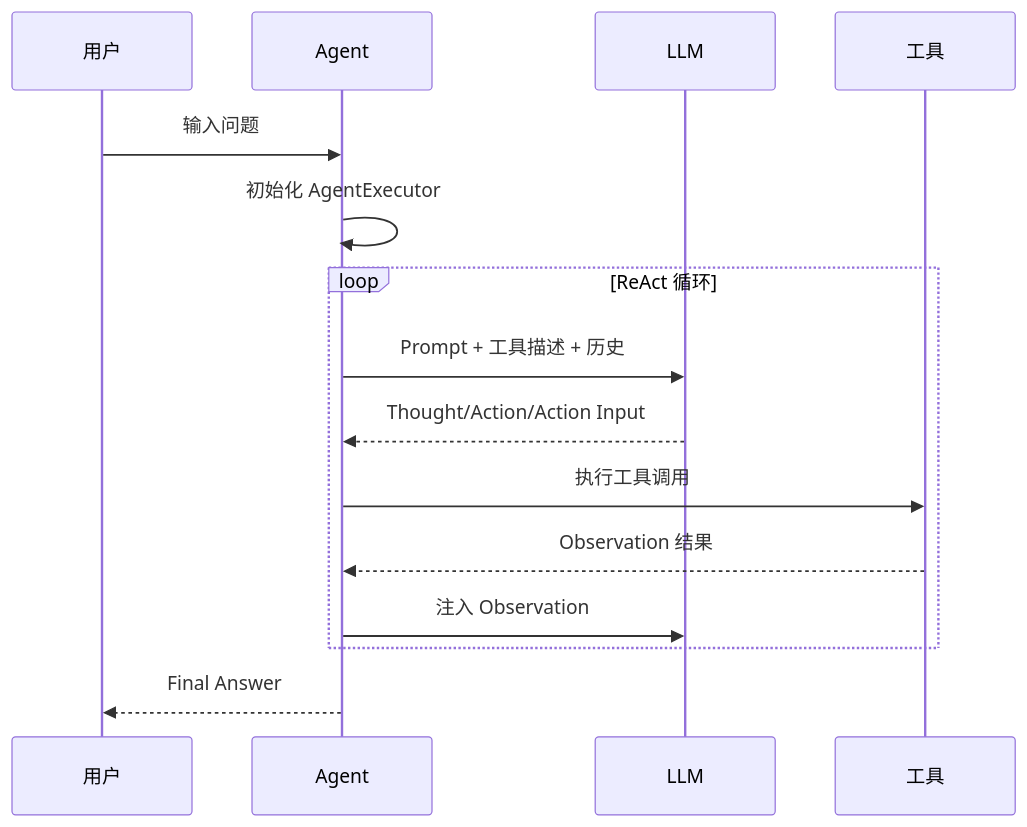
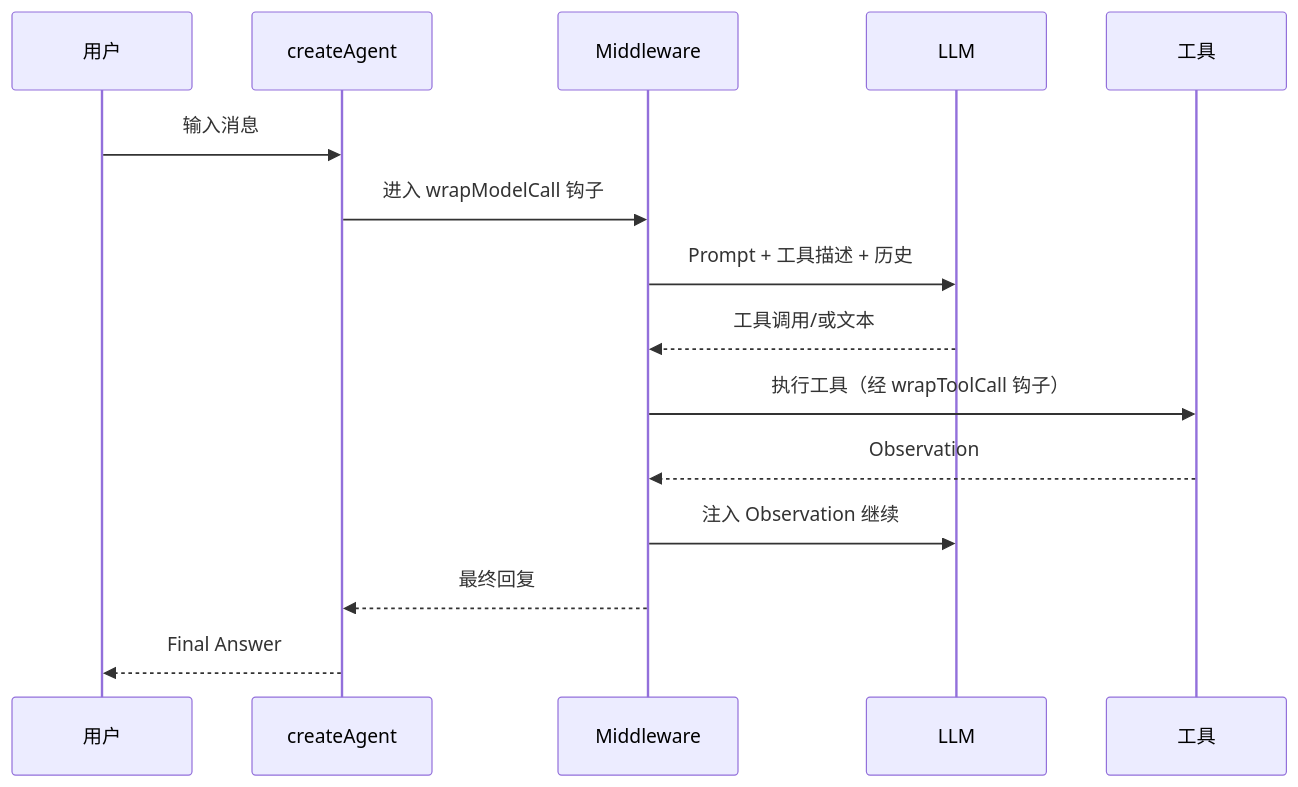
Before and after one commit to KMaybe01/common: the third of 13 diagrams in S5-AI/13-框架工具链篇.md, drawn with Mermaid. The commit also changed other lines of this file and 19 other files, not shown here.

````diff
--- a/S5-AI/13-框架工具链篇.md
+++ b/S5-AI/13-框架工具链篇.md
@@ -63,18 +66,18 @@
 ```mermaid
 sequenceDiagram
     participant User as 用户
-    participant Agent as Agent
+    participant Agent as createAgent
+    participant MW as Middleware
     participant LLM as LLM
     participant Tool as 工具
 
-    User->>Agent: 输入问题
-    Agent->>Agent: 初始化 AgentExecutor
-    loop ReAct 循环
-        Agent->>LLM: Prompt + 工具描述 + 历史
-        LLM-->>Agent: Thought/Action/Action Input
-        Agent->>Tool: 执行工具调用
-        Tool-->>Agent: Observation 结果
-        Agent->>LLM: 注入 Observation
-    end
+    User->>Agent: 输入消息
+    Agent->>MW: 进入 wrapModelCall 钩子
+    MW->>LLM: Prompt + 工具描述 + 历史
+    LLM-->>MW: 工具调用/或文本
+    MW->>Tool: 执行工具（经 wrapToolCall 钩子）
+    Tool-->>MW: Observation
+    MW->>LLM: 注入 Observation 继续
+    MW-->>Agent: 最终回复
     Agent-->>User: Final Answer
 ```
````
